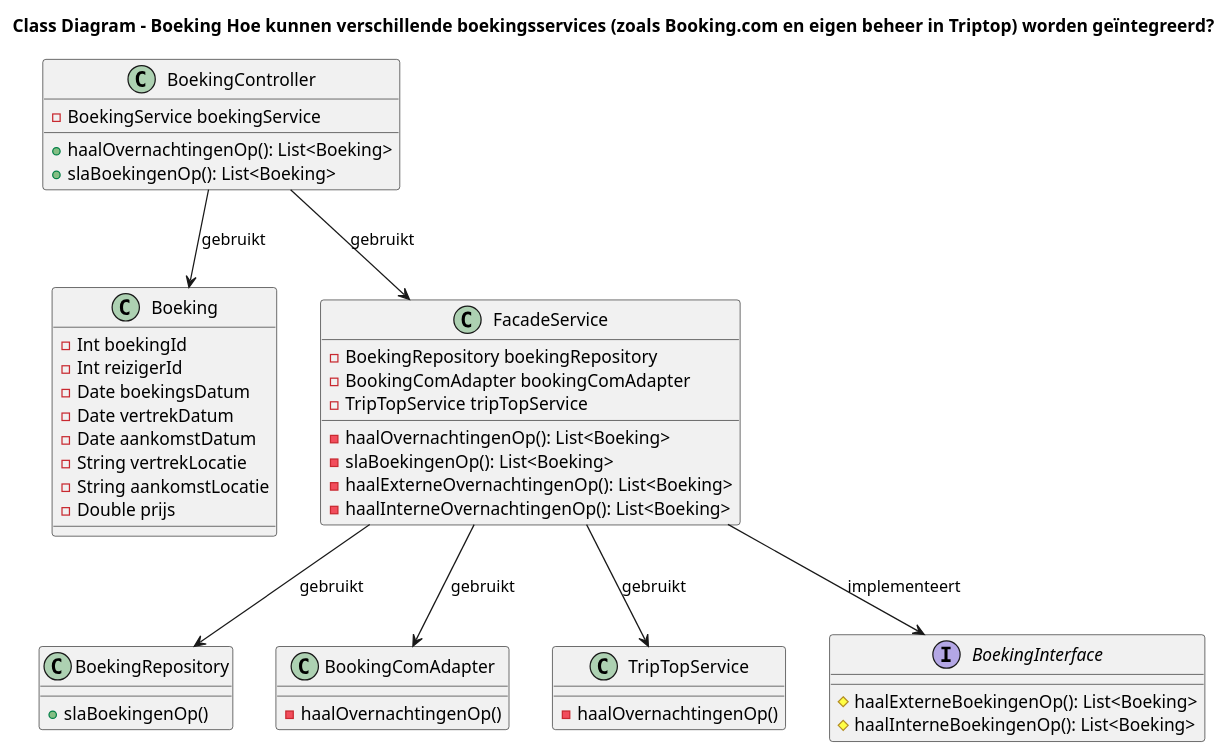
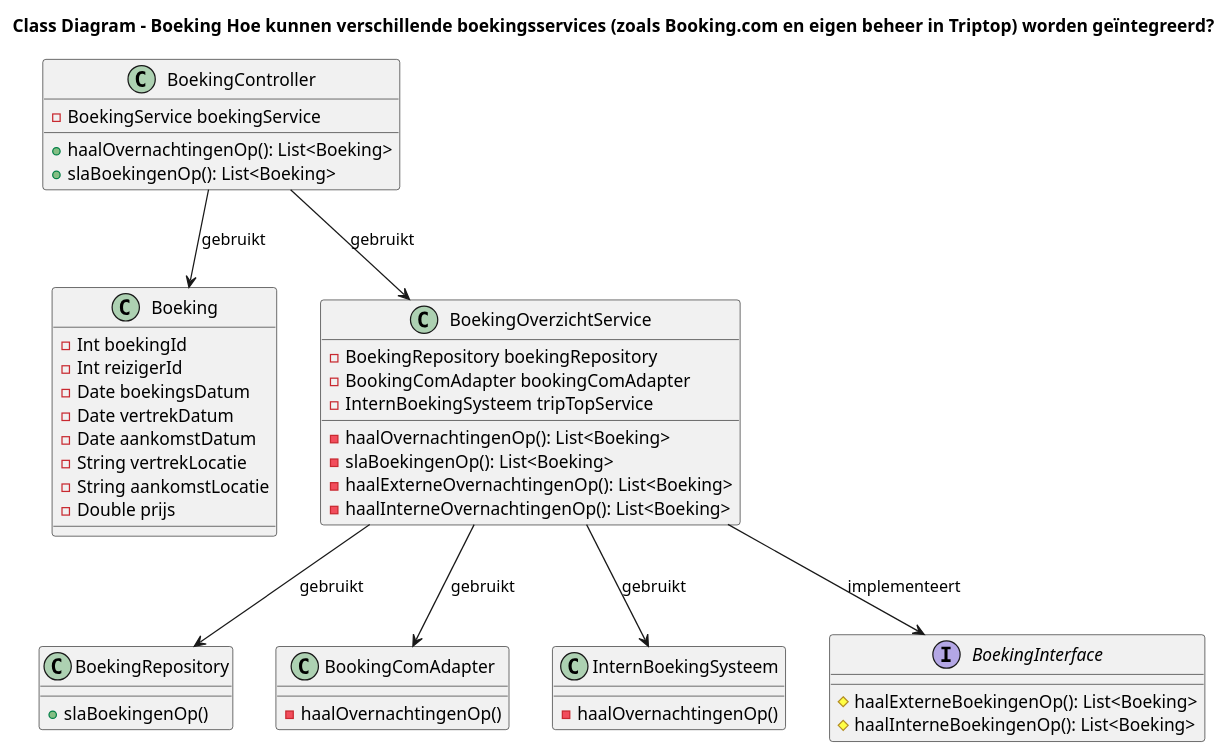
The diagram in software-guidebook/component-code/sybren/class-diagram-2.puml (AIM-ENE-feb25/triptop-asas), drawn with PlantUML before and after one commit. The commit also changed 14 other files, not shown here.

```diff
--- a/software-guidebook/component-code/sybren/class-diagram-2.puml
+++ b/software-guidebook/component-code/sybren/class-diagram-2.puml
@@ -1,57 +1,57 @@
 @startuml
 title Class Diagram – Boeking Hoe kunnen verschillende boekingsservices (zoals Booking.com en eigen beheer in Triptop) worden geïntegreerd?
 
 class Boeking {
     -Int boekingId
     -Int reizigerId
     -Date boekingsDatum
     -Date vertrekDatum
     -Date aankomstDatum
     -String vertrekLocatie
     -String aankomstLocatie
     -Double prijs
 }
 class BoekingController {
     - BoekingService boekingService
     + haalOvernachtingenOp(): List<Boeking>
     + slaBoekingenOp(): List<Boeking>
 }
 
 
 class BoekingRepository {
     + slaBoekingenOp()
 }
 
 
-class FacadeService {
+class BoekingOverzichtService {
     - BoekingRepository boekingRepository
     - BookingComAdapter bookingComAdapter
-    - TripTopService tripTopService
+    - InternBoekingSysteem tripTopService
     - haalOvernachtingenOp(): List<Boeking>
     - slaBoekingenOp(): List<Boeking>
     - haalExterneOvernachtingenOp(): List<Boeking>
     - haalInterneOvernachtingenOp(): List<Boeking>
 }
 
 class BookingComAdapter {
     - haalOvernachtingenOp()
 }
 
-class TripTopService {
+class InternBoekingSysteem {
     - haalOvernachtingenOp()
 }
 
 interface BoekingInterface {
     # haalExterneBoekingenOp(): List<Boeking>
     # haalInterneBoekingenOp(): List<Boeking>
 }
 
-BoekingController --> FacadeService: "gebruikt"
+BoekingController --> BoekingOverzichtService: "gebruikt"
 BoekingController --> Boeking: "gebruikt"
-FacadeService --> BoekingRepository: "gebruikt"
-FacadeService --> BoekingInterface: "implementeert"
-FacadeService  --> BookingComAdapter : "gebruikt"
-FacadeService --> TripTopService : "gebruikt"
+BoekingOverzichtService --> BoekingRepository: "gebruikt"
+BoekingOverzichtService --> BoekingInterface: "implementeert"
+BoekingOverzichtService  --> BookingComAdapter : "gebruikt"
+BoekingOverzichtService --> InternBoekingSysteem : "gebruikt"
 
 
 @enduml
```
